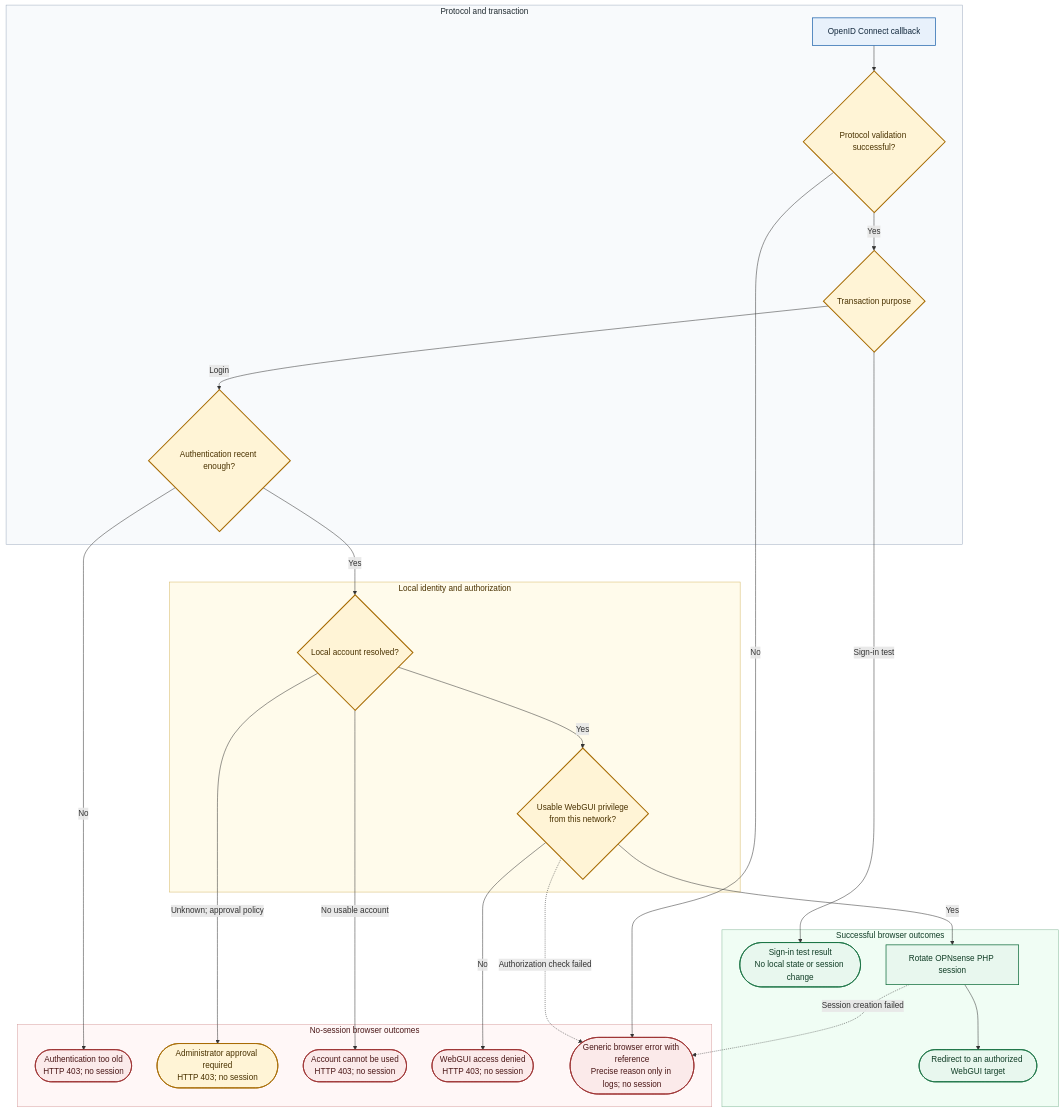
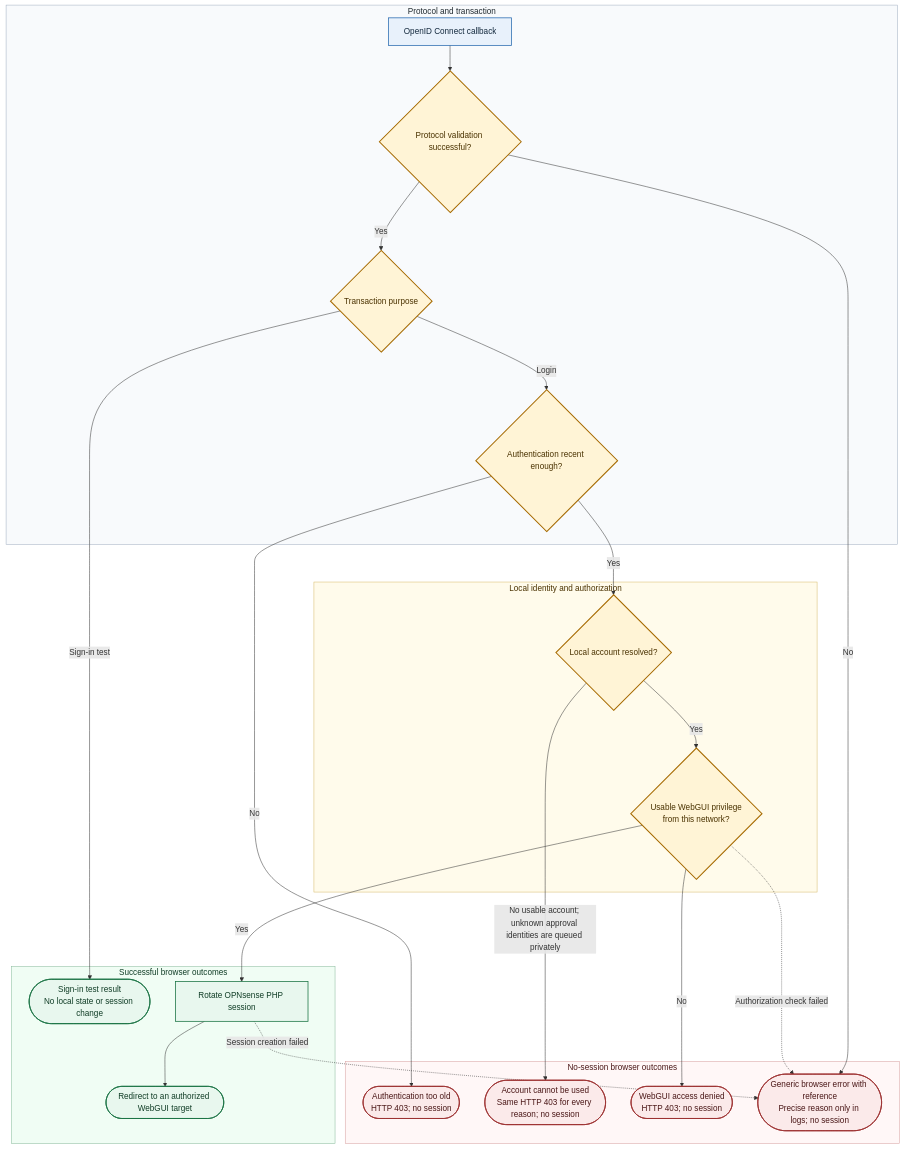
Before and after one commit to jpawlowski/opnsense-openid-connect: the second of 2 diagrams in docs/reference/architecture.md, drawn with Mermaid. The commit also changed other lines of this file and 85 other files, not shown here.

````diff
--- a/docs/reference/architecture.md
+++ b/docs/reference/architecture.md
@@ -95,64 +95,61 @@
 ```mermaid
 flowchart TD
     accTitle: Browser-visible OpenID Connect outcomes
-    accDescr: A validated callback can produce a test result, an authorized WebGUI session, an approval request, an access refusal or a generic logged failure.
+    accDescr: A validated callback can produce a test result, an authorized WebGUI session, a uniform account refusal, an access refusal or a generic logged failure.
 
     subgraph CallbackProcessing["Protocol and transaction"]
         Callback["OpenID Connect callback"]
         ProtocolValid{"Protocol validation successful?"}
         Purpose{"Transaction purpose"}
         Recent{"Authentication recent enough?"}
     end
 
     subgraph LocalAuthorization["Local identity and authorization"]
         Identity{"Local account resolved?"}
         WebGuiAccess{"Usable WebGUI privilege<br/>from this network?"}
     end
 
     subgraph SuccessfulOutcomes["Successful browser outcomes"]
         TestResult(["Sign-in test result<br/>No local state or session change"])
         Session["Rotate OPNsense PHP session"]
         Redirect(["Redirect to an authorized WebGUI target"])
     end
 
     subgraph NoSessionOutcomes["No-session browser outcomes"]
         AuthenticationRefusal(["Authentication too old<br/>HTTP 403; no session"])
-        Approval(["Administrator approval required<br/>HTTP 403; no session"])
-        AccountRefusal(["Account cannot be used<br/>HTTP 403; no session"])
+        AccountRefusal(["Account cannot be used<br/>Same HTTP 403 for every reason; no session"])
         AccessDenied(["WebGUI access denied<br/>HTTP 403; no session"])
         Failure(["Generic browser error with reference<br/>Precise reason only in logs; no session"])
     end
 
     Callback --> ProtocolValid
     ProtocolValid -->|"No"| Failure
     ProtocolValid -->|"Yes"| Purpose
     Purpose -->|"Sign-in test"| TestResult
     Purpose -->|"Login"| Recent
     Recent -->|"No"| AuthenticationRefusal
     Recent -->|"Yes"| Identity
-    Identity -->|"Unknown; approval policy"| Approval
-    Identity -->|"No usable account"| AccountRefusal
+    Identity -->|"No usable account; unknown approval identities are queued privately"| AccountRefusal
     Identity -->|"Yes"| WebGuiAccess
     WebGuiAccess -->|"No"| AccessDenied
     WebGuiAccess -->|"Yes"| Session
     WebGuiAccess -. "Authorization check failed" .-> Failure
     Session --> Redirect
     Session -. "Session creation failed" .-> Failure
 
     classDef entry fill:#E8F1FB,stroke:#2B6CB0,color:#13293D,stroke-width:1.5px;
     classDef decision fill:#FFF4D6,stroke:#A66A00,color:#4A3200,stroke-width:2px;
     classDef success fill:#E8F7EE,stroke:#197343,color:#103D26,stroke-width:1.5px;
     classDef warning fill:#FFF4D6,stroke:#A66A00,color:#4A3200,stroke-width:1.5px;
     classDef denied fill:#FBEAEA,stroke:#9C2F2F,color:#4A1717,stroke-width:1.5px;
 
     class Callback entry;
     class ProtocolValid,Purpose,Recent,Identity,WebGuiAccess decision;
     class TestResult,Session,Redirect success;
-    class Approval warning;
     class AuthenticationRefusal,AccountRefusal,AccessDenied,Failure denied;
 
     style CallbackProcessing fill:#F8FAFC,stroke:#A0AEC0,color:#202A30;
     style LocalAuthorization fill:#FFFBEB,stroke:#D6B968,color:#4A3200;
     style SuccessfulOutcomes fill:#F0FDF4,stroke:#86B99A,color:#103D26;
     style NoSessionOutcomes fill:#FFF7F7,stroke:#D7A0A0,color:#4A1717;
 ```
````
